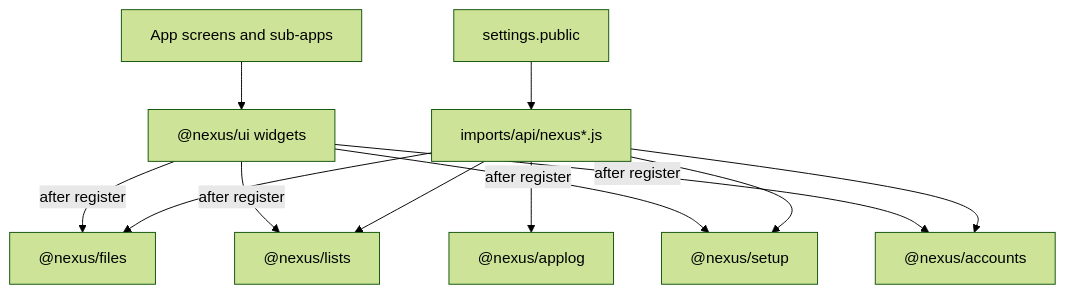
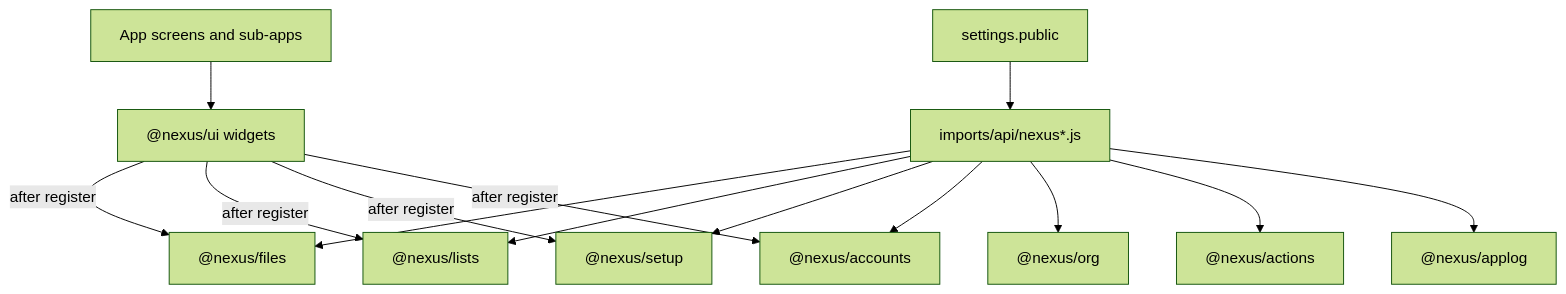
One commit to kasgarally/ik-nexus changed the diagram in docs/architecture/_Architecture.md. Above: the diagram before and after it, drawn with Mermaid (forest theme). The commit also changed other lines of this file and 84 other files, not shown here.

````diff
--- a/docs/architecture/_Architecture.md
+++ b/docs/architecture/_Architecture.md
@@ -39,23 +41,27 @@
 ```mermaid
 flowchart TB
   settings["settings.public"]
   adapters["imports/api/nexus*.js"]
   uiPkg["@nexus/ui widgets"]
   files["@nexus/files"]
   lists["@nexus/lists"]
   setup["@nexus/setup"]
   accounts["@nexus/accounts"]
+  orgPkg["@nexus/org"]
+  actionsPkg["@nexus/actions"]
   applog["@nexus/applog"]
   screens["App screens and sub-apps"]
   settings --> adapters
   adapters --> files
   adapters --> lists
   adapters --> setup
   adapters --> accounts
+  adapters --> orgPkg
+  adapters --> actionsPkg
   adapters --> applog
   screens --> uiPkg
   uiPkg -->|"after register"| files
   uiPkg -->|"after register"| lists
   uiPkg -->|"after register"| setup
   uiPkg -->|"after register"| accounts
 ```
````
